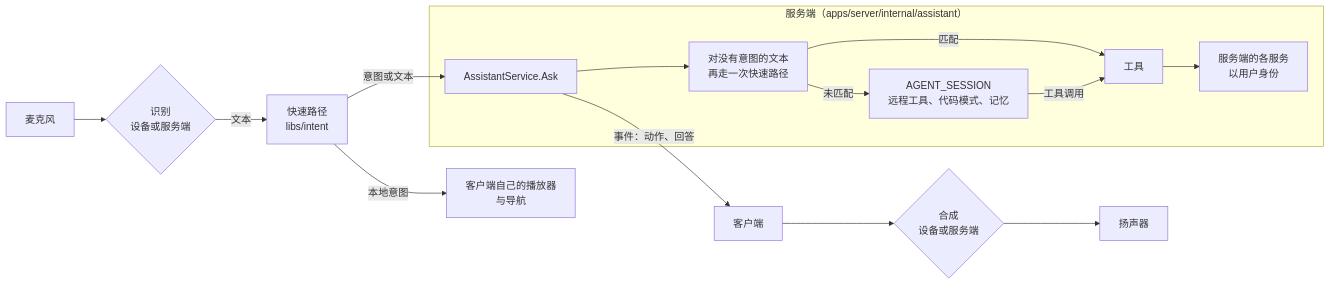
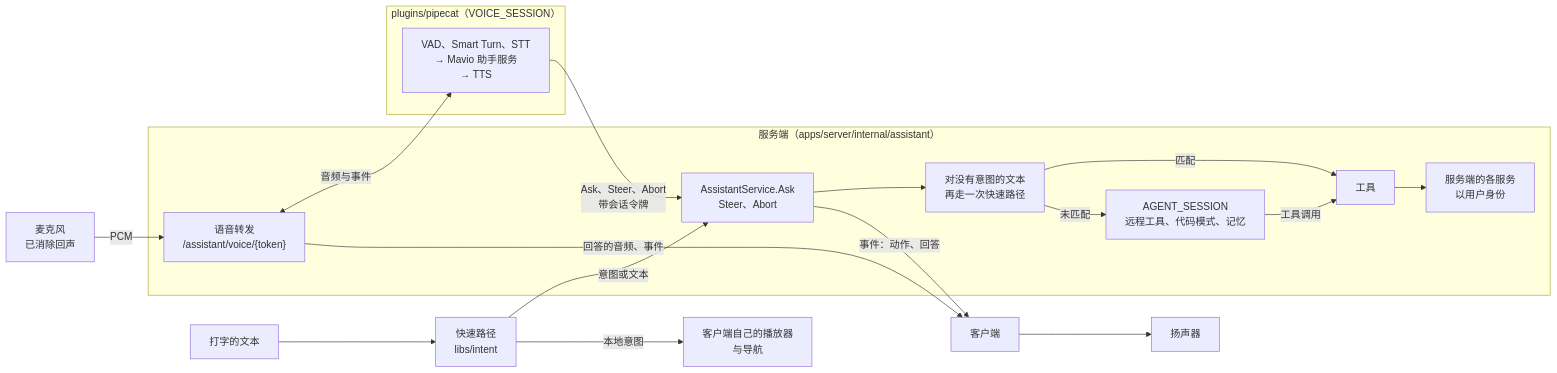
The diagram in docs/assistant.zh-CN.md (mavioai/mavio), drawn with Mermaid before and after one commit. The commit also changed other lines of this file and 15 other files, not shown here.

Commit message:
docs: voice sessions on Pipecat in plugins/pipecat, relayed by the server with session tokens, steered and aborted, and subtitles transcribed by its transcribers, in place of plugins/voice

````diff
--- a/docs/assistant.zh-CN.md
+++ b/docs/assistant.zh-CN.md
@@ -19,16 +20,23 @@
 ```mermaid
 flowchart LR
-    Mic["麦克风"] --> ASR{"识别<br/>设备或服务端"}
-    ASR -->|"文本"| Fast["快速路径<br/>libs/intent"]
+    Mic["麦克风<br/>已消除回声"] -->|"PCM"| Relay
+    Typed["打字的文本"] --> Fast["快速路径<br/>libs/intent"]
     Fast -->|"本地意图"| Local["客户端自己的播放器<br/>与导航"]
-    Fast -->|"意图或文本"| Ask["AssistantService.Ask"]
+    Fast -->|"意图或文本"| Ask
     subgraph Server["服务端（apps/server/internal/assistant）"]
-        Ask --> SFast["对没有意图的文本<br/>再走一次快速路径"]
+        Relay["语音转发<br/>/assistant/voice/{token}"]
+        Ask["AssistantService.Ask<br/>Steer、Abort"] --> SFast["对没有意图的文本<br/>再走一次快速路径"]
         SFast -->|"匹配"| Tools["工具"]
         SFast -->|"未匹配"| Agent["AGENT_SESSION<br/>远程工具、代码模式、记忆"]
         Agent -->|"工具调用"| Tools
         Tools --> Services["服务端的各服务<br/>以用户身份"]
     end
-    Ask -->|"事件：动作、回答"| Client["客户端"]
-    Client --> TTS{"合成<br/>设备或服务端"} --> Speaker["扬声器"]
+    subgraph Pipecat["plugins/pipecat（VOICE_SESSION）"]
+        Pipe["VAD、Smart Turn、STT<br/>→ Mavio 助手服务<br/>→ TTS"]
+    end
+    Relay <-->|"音频与事件"| Pipe
+    Pipe -->|"Ask、Steer、Abort<br/>带会话令牌"| Ask
+    Relay -->|"回答的音频、事件"| Client["客户端"]
+    Ask -->|"事件：动作、回答"| Client
+    Client --> Speaker["扬声器"]
 ```
````
